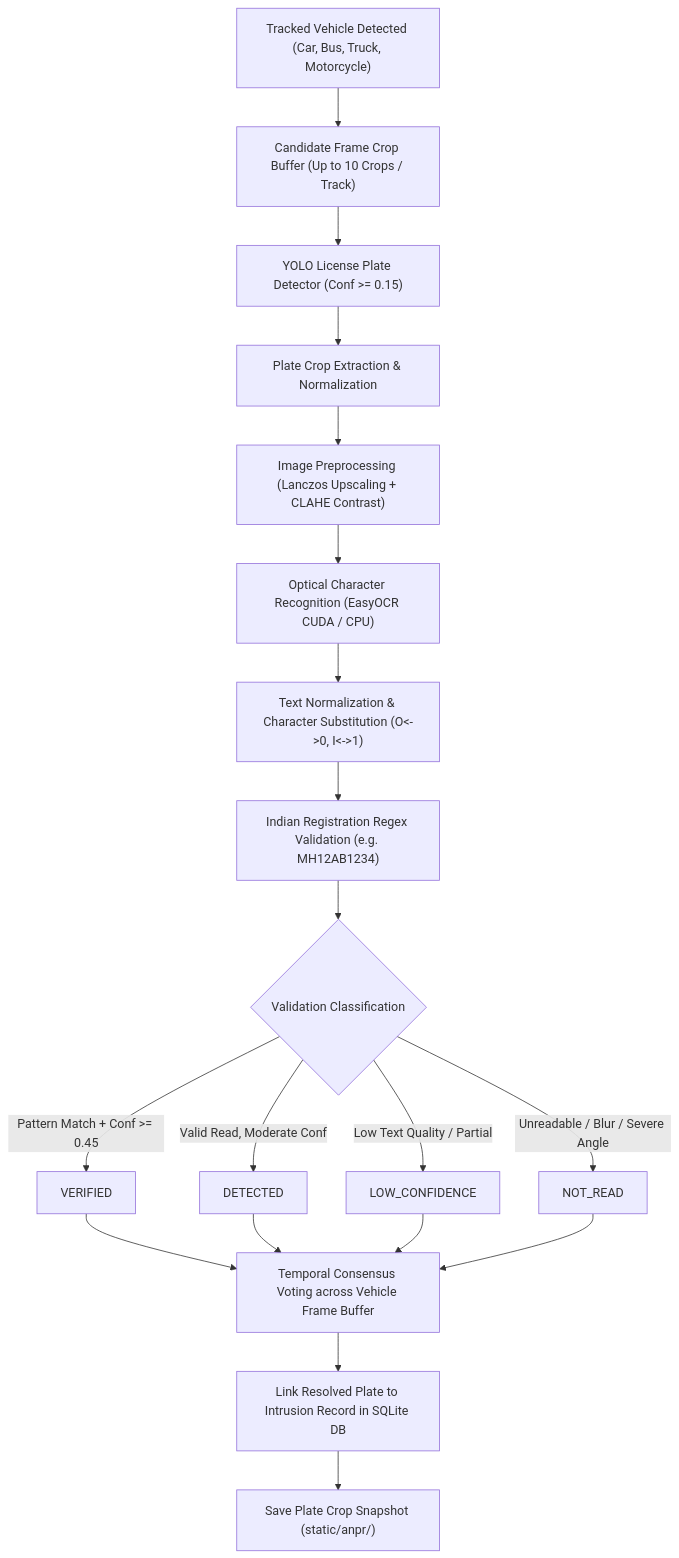
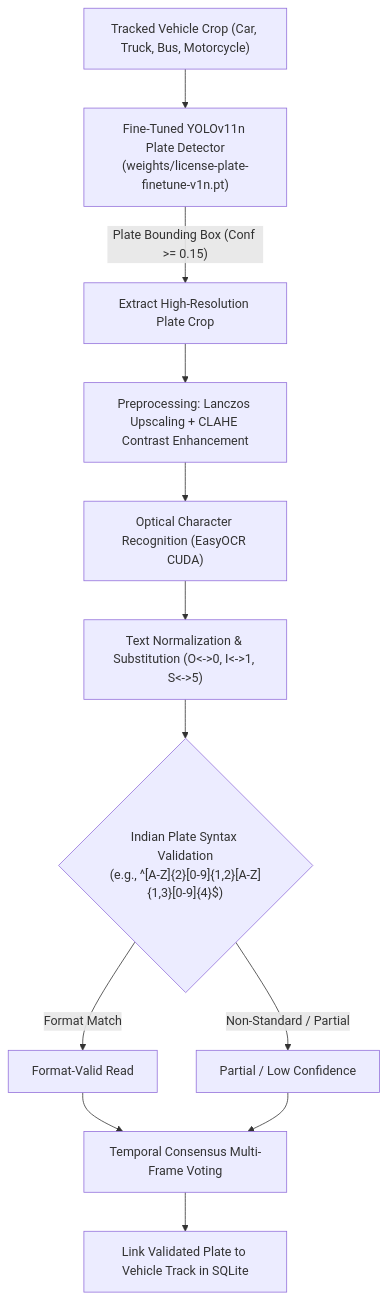
Before and after one commit to abhishek-khairnar/PRAHARI-AI: the eighth of 17 diagrams in README.md, drawn with Mermaid. The commit also changed other lines of this file and 151 other files, not shown here.

````diff
--- a/README.md
+++ b/README.md
@@ -294,18 +504,13 @@
 ```mermaid
 flowchart TD
-    A["Tracked Vehicle Detected (Car, Bus, Truck, Motorcycle)"] --> B["Candidate Frame Crop Buffer (Up to 10 Crops / Track)"]
-    B --> C["YOLO License Plate Detector (Conf >= 0.15)"]
-    C --> D["Plate Crop Extraction & Normalization"]
-    D --> E["Image Preprocessing (Lanczos Upscaling + CLAHE Contrast)"]
-    E --> F["Optical Character Recognition (EasyOCR CUDA / CPU)"]
-    F --> G["Text Normalization & Character Substitution (O<->0, I<->1)"]
-    G --> H["Indian Registration Regex Validation (e.g. MH12AB1234)"]
-    H --> I{"Validation Classification"}
-    I -->|"Pattern Match + Conf >= 0.45"| J["VERIFIED"]
-    I -->|"Valid Read, Moderate Conf"| K["DETECTED"]
-    I -->|"Low Text Quality / Partial"| L["LOW_CONFIDENCE"]
-    I -->|"Unreadable / Blur / Severe Angle"| M["NOT_READ"]
-    J & K & L & M --> N["Temporal Consensus Voting across Vehicle Frame Buffer"]
-    N --> O["Link Resolved Plate to Intrusion Record in SQLite DB"]
-    O --> P["Save Plate Crop Snapshot (static/anpr/)"]
+    V["Tracked Vehicle Crop (Car, Truck, Bus, Motorcycle)"] --> PD["Fine-Tuned YOLOv11n Plate Detector\n(weights/license-plate-finetune-v1n.pt)"]
+    PD -->|"Plate Bounding Box (Conf >= 0.15)"| CROP["Extract High-Resolution Plate Crop"]
+    CROP --> PRE["Preprocessing: Lanczos Upscaling + CLAHE Contrast Enhancement"]
+    PRE --> OCR["Optical Character Recognition (EasyOCR CUDA)"]
+    OCR --> NORM["Text Normalization & Substitution (O<->0, I<->1, S<->5)"]
+    NORM --> REGEX{"Indian Plate Syntax Validation\n(e.g., ^[A-Z]{2}[0-9]{1,2}[A-Z]{1,3}[0-9]{4}$)"}
+    REGEX -->|Format Match| CAT1["Format-Valid Read"]
+    REGEX -->|Non-Standard / Partial| CAT2["Partial / Low Confidence"]
+    CAT1 & CAT2 --> VOTING["Temporal Consensus Multi-Frame Voting"]
+    VOTING --> DB_LINK["Link Validated Plate to Vehicle Track in SQLite"]
 ```
````
